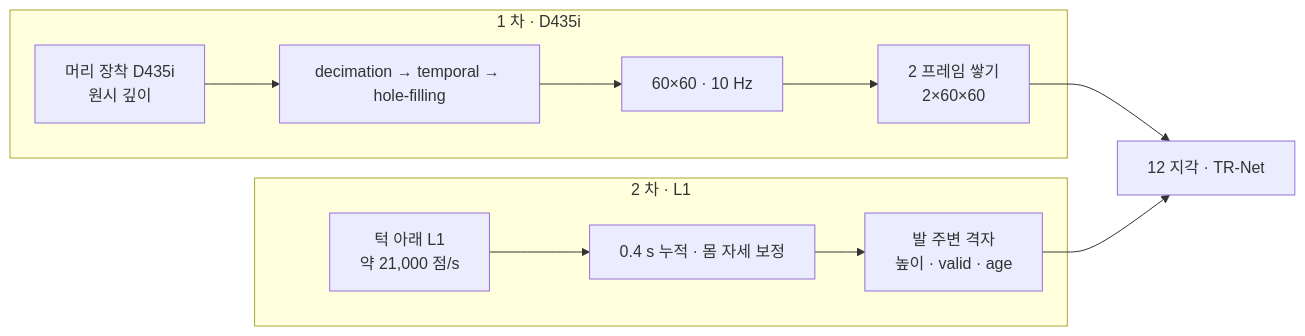
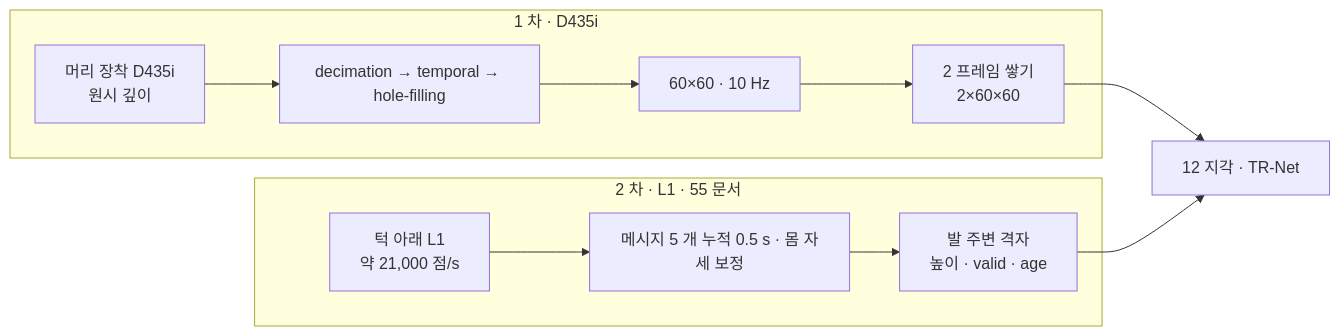
One commit to foothold-project/foothold-lab changed the diagram in inbox/jay/20261019-design/11-SENSORS.md. Above: the diagram before and after it, drawn with Mermaid. The commit also changed other lines of this file and 25 other files, not shown here.

````diff
--- a/inbox/jay/20261019-design/11-SENSORS.md
+++ b/inbox/jay/20261019-design/11-SENSORS.md
@@ -11,11 +15,11 @@
 ```mermaid
 flowchart LR
   subgraph S1[1 차 · D435i]
     D1[머리 장착 D435i<br/>원시 깊이] --> F1[decimation → temporal → hole-filling] --> R1[60×60 · 10 Hz] --> Q1[2 프레임 쌓기<br/>2×60×60]
   end
-  subgraph S2[2 차 · L1]
-    L1[턱 아래 L1<br/>약 21,000 점/s] --> A1[0.4 s 누적 · 몸 자세 보정] --> G1[발 주변 격자<br/>높이 · valid · age]
+  subgraph S2[2 차 · L1 · 55 문서]
+    L1[턱 아래 L1<br/>약 21,000 점/s] --> A1[메시지 5 개 누적 0.5 s · 몸 자세 보정] --> G1[발 주변 격자<br/>높이 · valid · age]
   end
   Q1 --> TR[12 지각 · TR-Net]
   G1 --> TR
 ```
````
